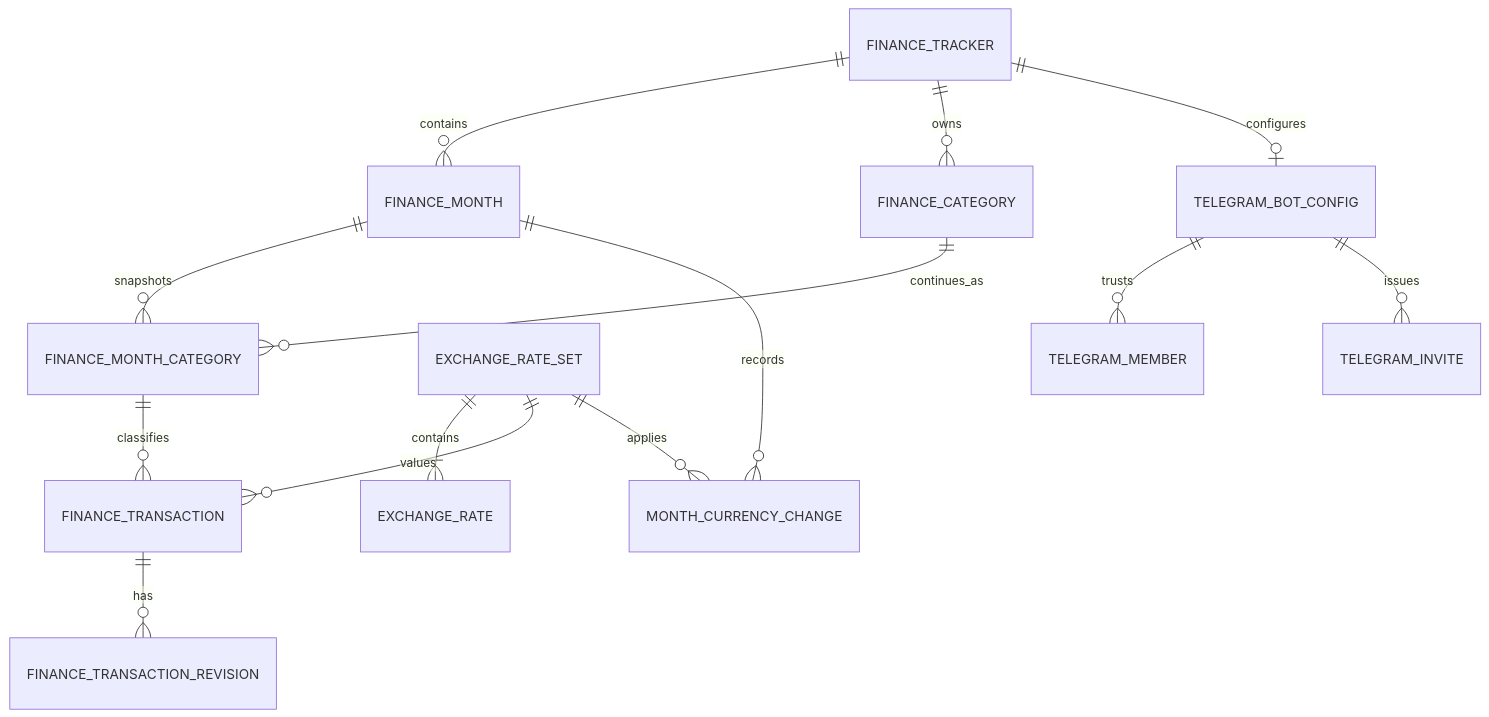
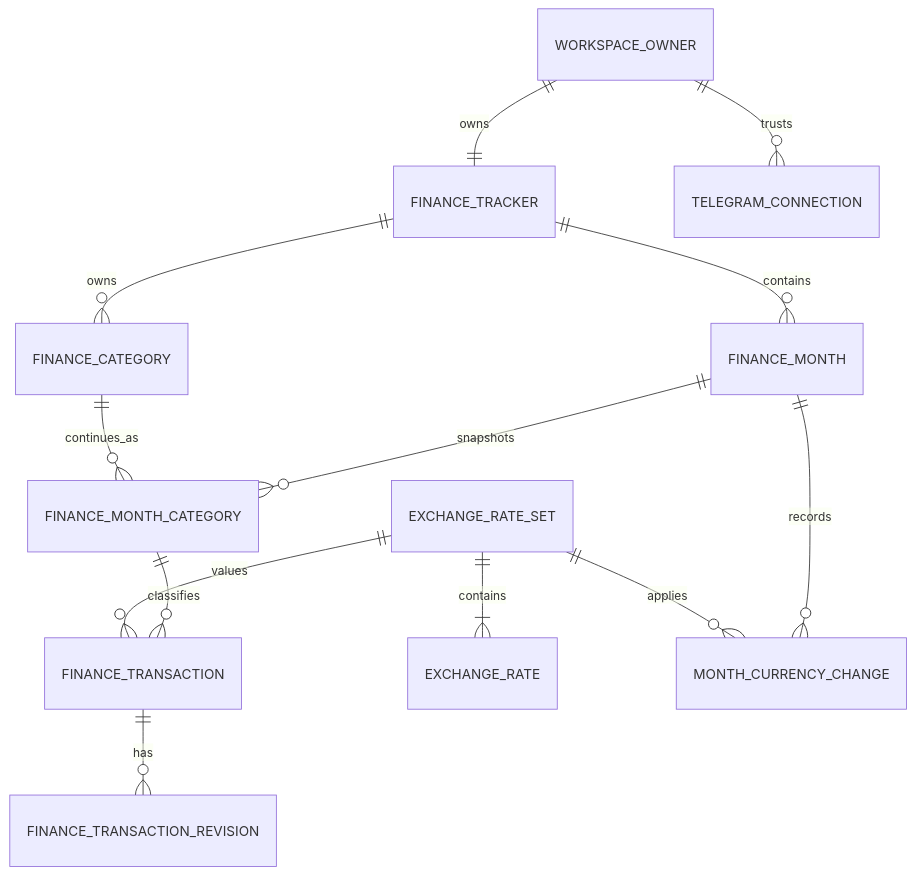
The diagram in docs/finance-tracker-architecture.md (alittlemore-dev/personal-workspace-api), drawn with Mermaid before and after one commit. The commit also changed other lines of this file and 2 other files, not shown here.

Commit message:
docs: init telegram bot intergration architecture document.

````diff
--- a/docs/finance-tracker-architecture.md
+++ b/docs/finance-tracker-architecture.md
@@ -141,16 +144,15 @@
 ```mermaid
 erDiagram
     FINANCE_TRACKER ||--o{ FINANCE_MONTH : contains
     FINANCE_TRACKER ||--o{ FINANCE_CATEGORY : owns
     FINANCE_MONTH ||--o{ FINANCE_MONTH_CATEGORY : snapshots
     FINANCE_CATEGORY ||--o{ FINANCE_MONTH_CATEGORY : continues_as
     FINANCE_MONTH_CATEGORY ||--o{ FINANCE_TRANSACTION : classifies
     FINANCE_TRANSACTION ||--o{ FINANCE_TRANSACTION_REVISION : has
     EXCHANGE_RATE_SET ||--|{ EXCHANGE_RATE : contains
     EXCHANGE_RATE_SET ||--o{ FINANCE_TRANSACTION : values
     FINANCE_MONTH ||--o{ MONTH_CURRENCY_CHANGE : records
     EXCHANGE_RATE_SET ||--o{ MONTH_CURRENCY_CHANGE : applies
-    FINANCE_TRACKER ||--o| TELEGRAM_BOT_CONFIG : configures
-    TELEGRAM_BOT_CONFIG ||--o{ TELEGRAM_MEMBER : trusts
-    TELEGRAM_BOT_CONFIG ||--o{ TELEGRAM_INVITE : issues
+    WORKSPACE_OWNER ||--o{ TELEGRAM_CONNECTION : trusts
+    WORKSPACE_OWNER ||--|| FINANCE_TRACKER : owns
 ```
````
